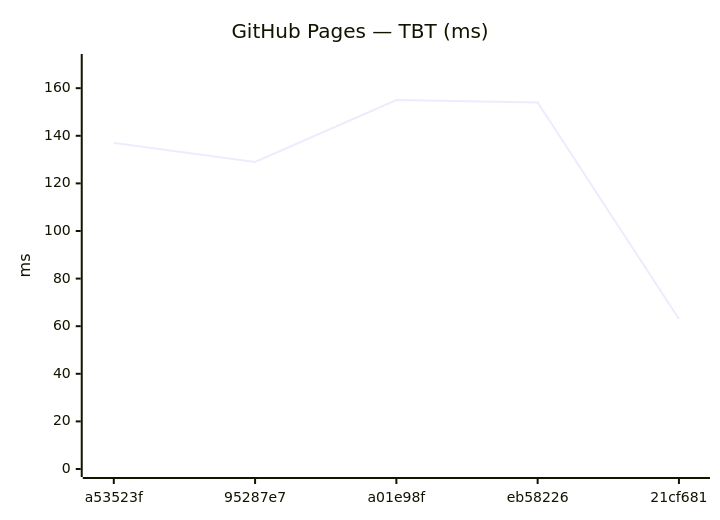
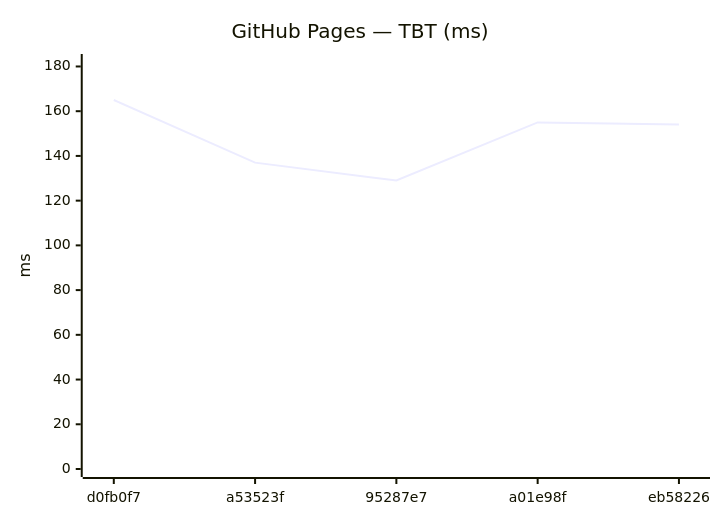
The tenth of 18 diagrams in benchmarks/compare.md (Metaheurist/Rianell), drawn with Mermaid before and after one commit. The commit also changed other lines of this file and 11 other files, not shown here.

````diff
--- a/benchmarks/compare.md
+++ b/benchmarks/compare.md
@@ -149,7 +149,7 @@
 ```mermaid
 xychart-beta
     title "GitHub Pages — TBT (ms)"
-    x-axis ["a53523f", "95287e7", "a01e98f", "eb58226", "21cf681"]
-    y-axis "ms" 0 --> 171
-    line [137, 129, 155, 154, 63]
+    x-axis ["d0fb0f7", "a53523f", "95287e7", "a01e98f", "eb58226"]
+    y-axis "ms" 0 --> 182
+    line [165, 137, 129, 155, 154]
 ```
````
